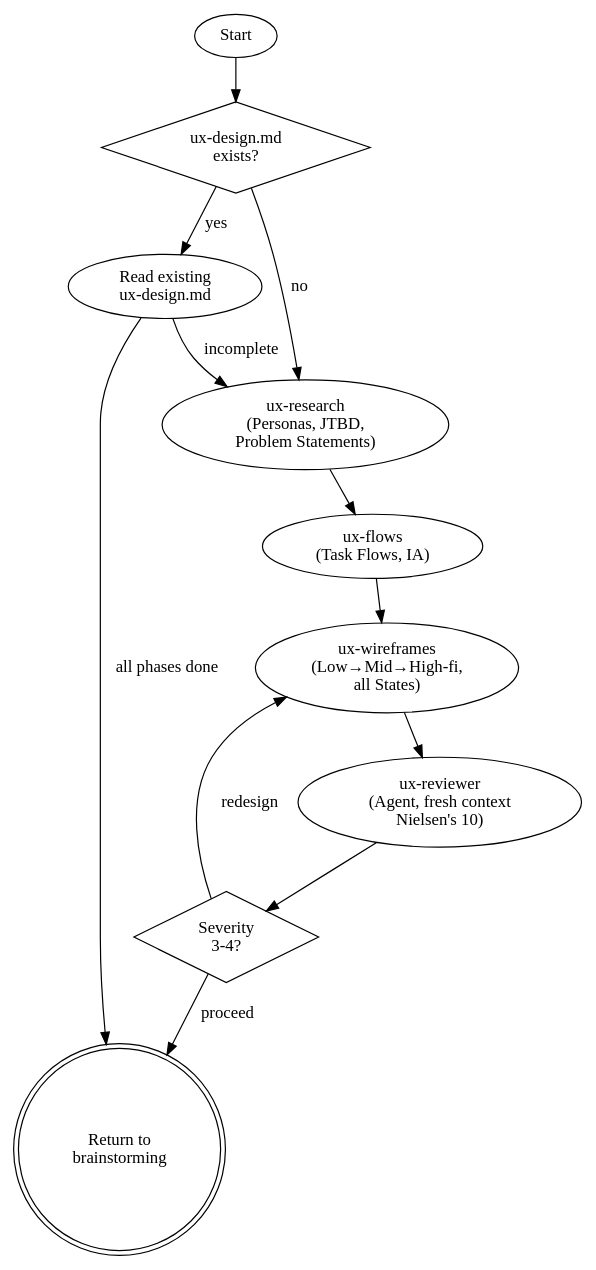
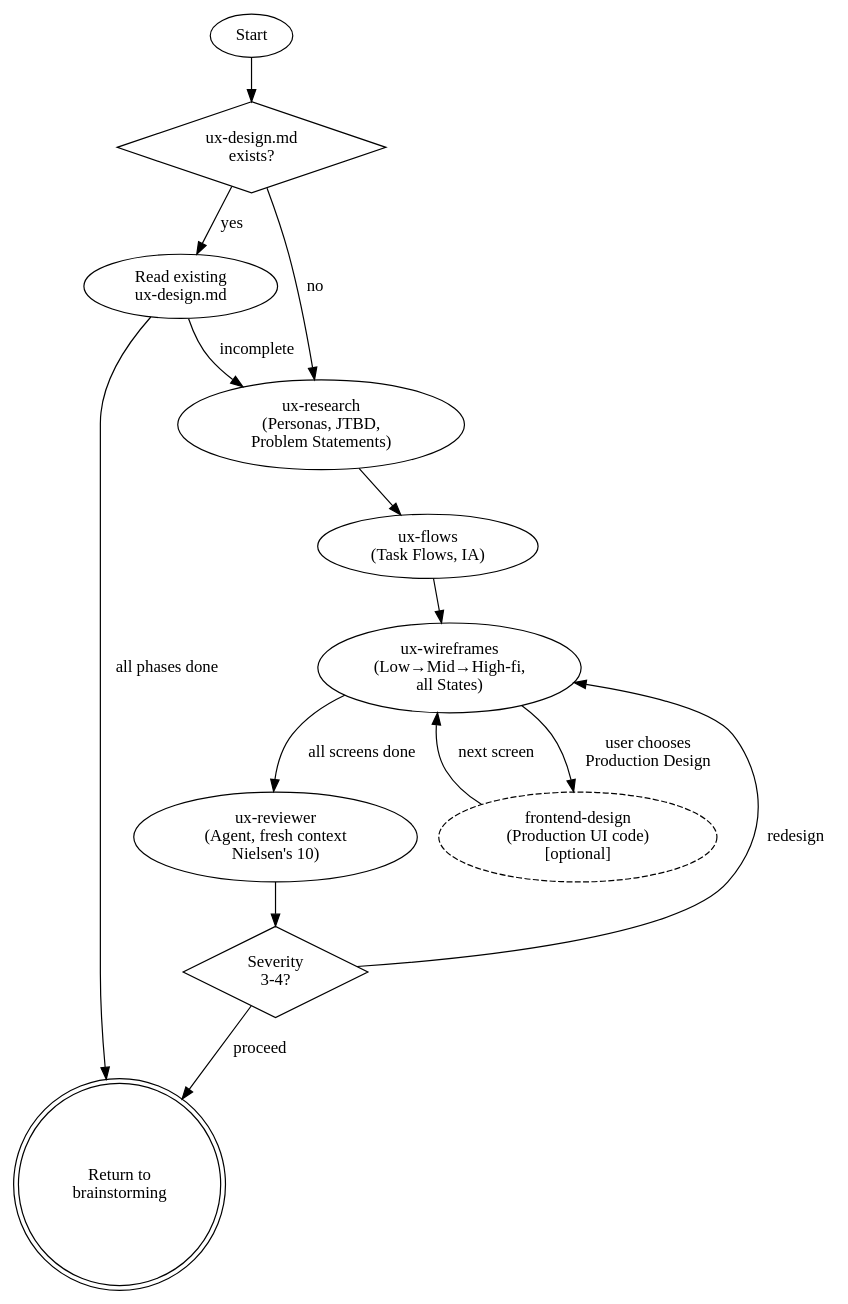
Before and after one commit to florian23/superflowers: the diagram in skills/ux-design/SKILL.md, drawn with Graphviz. The commit also changed other lines of this file and 2 other files, not shown here.

Commit message:
Integrate frontend-design as optional high-fi step in UX workflow
- ux-wireframes Turn 5: three options (next screen / high-fi wireframe / production design via frontend-design)
- ux-design orchestrator: frontend-design in process flow + phase table
- CLAUDE.md: workflow chain updated

````diff
--- a/skills/ux-design/SKILL.md
+++ b/skills/ux-design/SKILL.md
@@ -26,25 +26,28 @@
 ```dot
 digraph ux_design {
   start [shape=ellipse, label="Start"];
   check [shape=diamond, label="ux-design.md\nexists?"];
   read [label="Read existing\nux-design.md"];
   research [label="ux-research\n(Personas, JTBD,\nProblem Statements)"];
   flows [label="ux-flows\n(Task Flows, IA)"];
   wireframes [label="ux-wireframes\n(Low→Mid→High-fi,\nall States)"];
+  frontend [label="frontend-design\n(Production UI code)\n[optional]", style=dashed];
   validate [label="ux-reviewer\n(Agent, fresh context\nNielsen's 10)"];
   severity [shape=diamond, label="Severity\n3-4?"];
   done [shape=doublecircle, label="Return to\nbrainstorming"];
 
   start -> check;
   check -> read [label="yes"];
   check -> research [label="no"];
   read -> research [label="incomplete"];
   read -> done [label="all phases done"];
   research -> flows;
   flows -> wireframes;
-  wireframes -> validate;
+  wireframes -> frontend [label="user chooses\nProduction Design"];
+  wireframes -> validate [label="all screens done"];
+  frontend -> wireframes [label="next screen"];
   validate -> severity;
   severity -> wireframes [label="redesign"];
   severity -> done [label="proceed"];
 }
 ```
````
